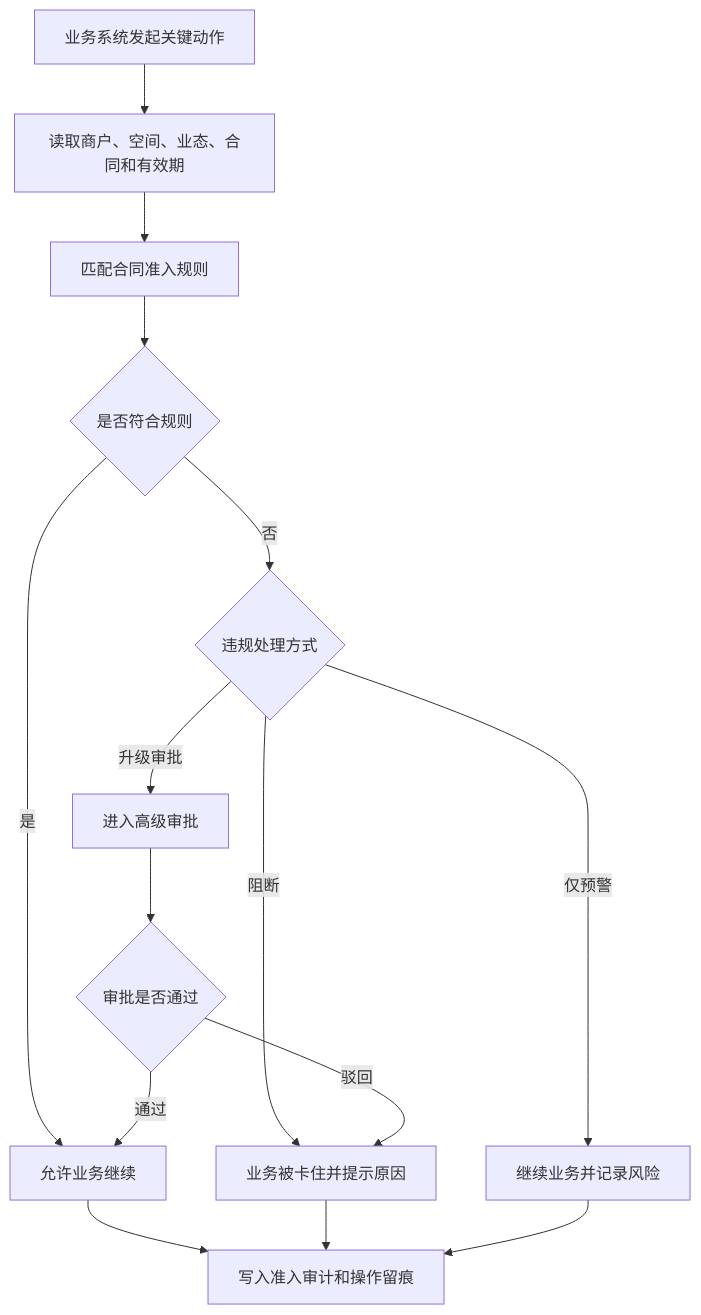
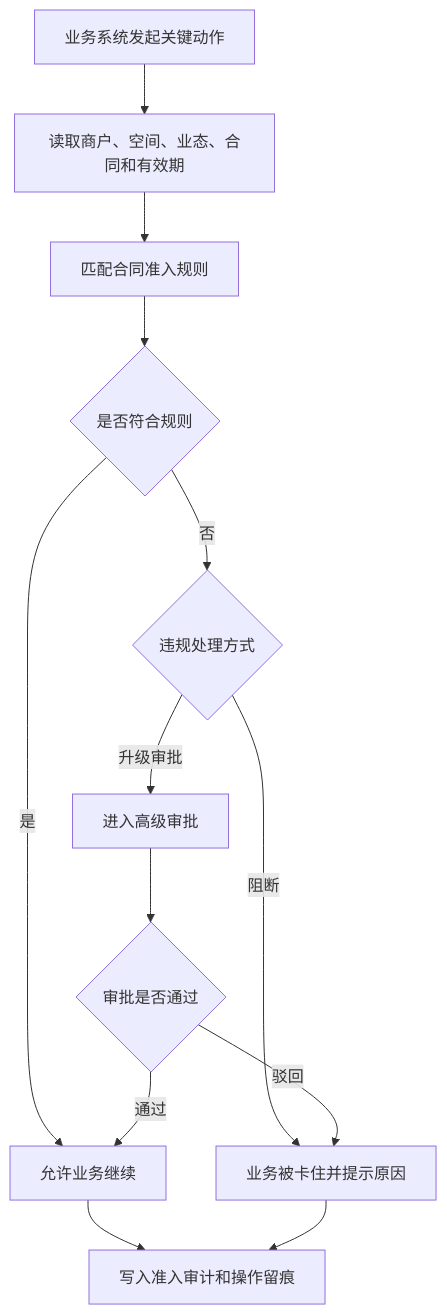
The tenth of 21 diagrams in docs/platform-governance-product-spec-v0.2.md (jxh1979/mall), drawn with Mermaid before and after one commit. The commit also changed other lines of this file and 8 other files, not shown here.

````diff
--- a/docs/platform-governance-product-spec-v0.2.md
+++ b/docs/platform-governance-product-spec-v0.2.md
@@ -1783,17 +1731,15 @@
 ```mermaid
 flowchart TD
     A["业务系统发起关键动作"] --> B["读取商户、空间、业态、合同和有效期"]
     B --> C["匹配合同准入规则"]
     C --> D{"是否符合规则"}
     D -- "是" --> E["允许业务继续"]
     D -- "否" --> F{"违规处理方式"}
     F -- "阻断" --> G["业务被卡住并提示原因"]
     F -- "升级审批" --> H["进入高级审批"]
-    F -- "仅预警" --> I["继续业务并记录风险"]
     H --> J{"审批是否通过"}
     J -- "通过" --> E
     J -- "驳回" --> G
     E --> K["写入准入审计和操作留痕"]
     G --> K
-    I --> K
 ```
````
